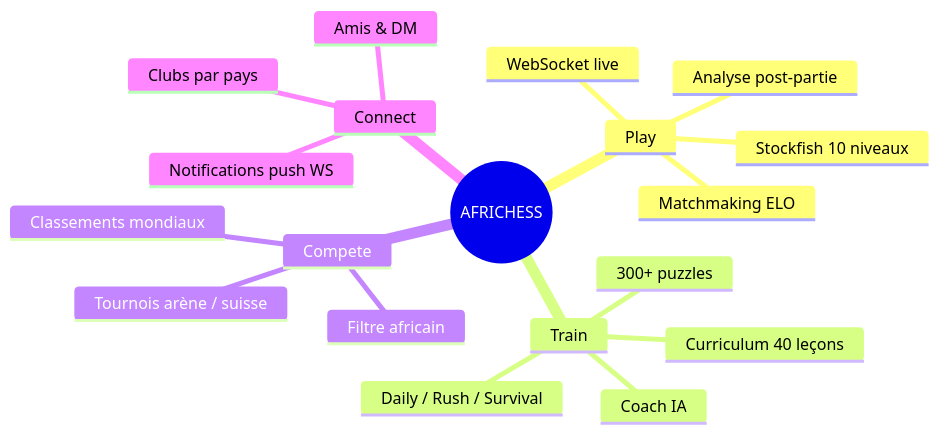
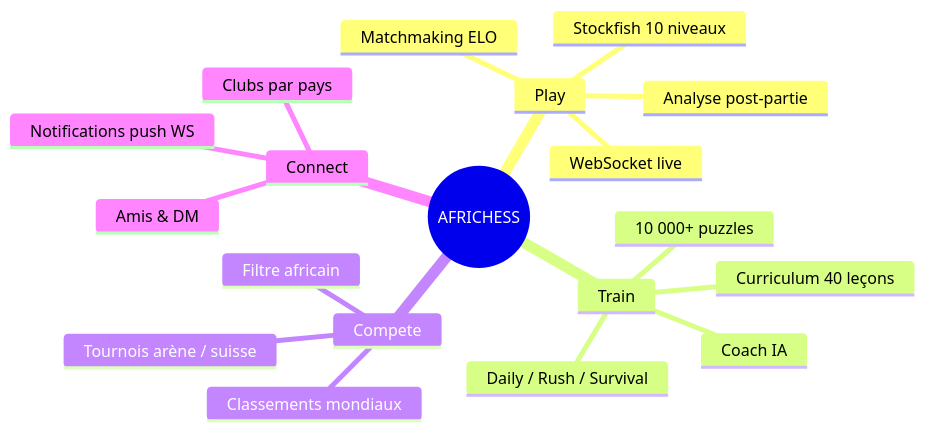
One commit to MaximeKELI/AFRICHESS changed the first of 14 diagrams in README.md. Above: the diagram before and after it, drawn with Mermaid. The commit also changed other lines of this file, not shown here.

Commit message:
All coders

````diff
--- a/README.md
+++ b/README.md
@@ -51,22 +51,22 @@
 ```mermaid
 mindmap
   root((AFRICHESS))
     Play
       WebSocket live
       Matchmaking ELO
       Stockfish 10 niveaux
       Analyse post-partie
     Train
-      300+ puzzles
+      10 000+ puzzles
       Daily / Rush / Survival
       Curriculum 40 leçons
       Coach IA
     Compete
       Tournois arène / suisse
       Classements mondiaux
       Filtre africain
     Connect
       Amis & DM
       Clubs par pays
       Notifications push WS
 ```
````
